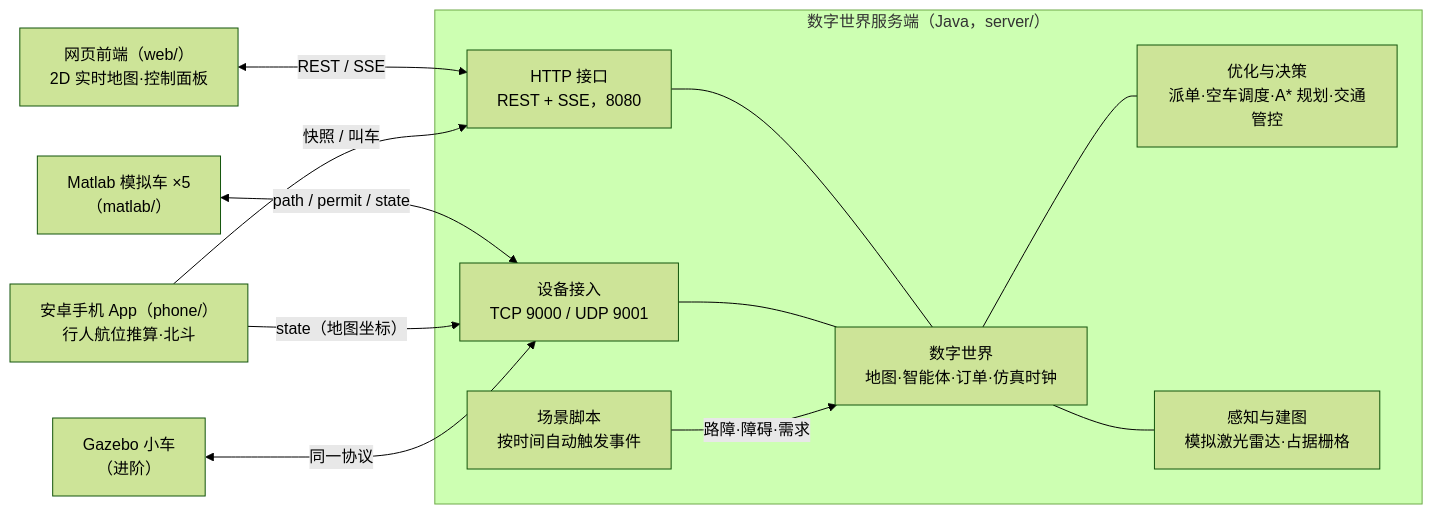
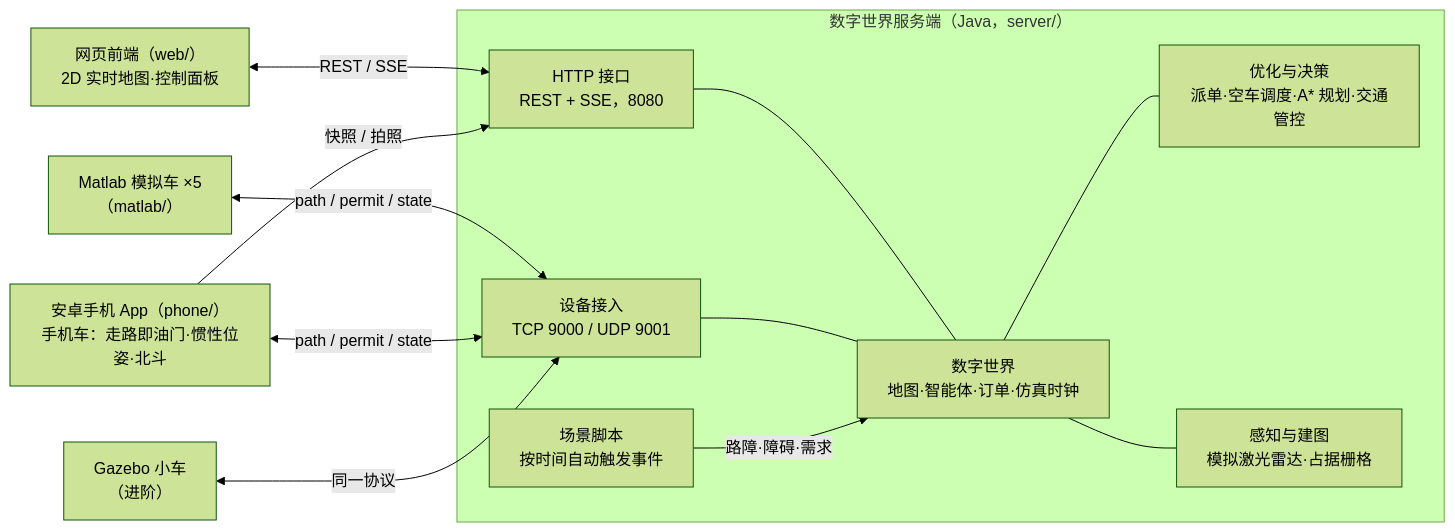
One commit to fuzeliang1/ZongC changed the first of 6 diagrams in docs/architecture.md. Above: the diagram before and after it, drawn with Mermaid (forest theme). The commit also changed other lines of this file and 113 other files, not shown here.

````diff
--- a/docs/architecture.md
+++ b/docs/architecture.md
@@ -7,25 +7,25 @@
 ```mermaid
 flowchart LR
     UI["网页前端（web/）<br/>2D 实时地图·控制面板"]
     M["Matlab 模拟车 ×5<br/>（matlab/）"]
-    P["安卓手机 App（phone/）<br/>行人航位推算·北斗"]
+    P["安卓手机 App（phone/）<br/>手机车：走路即油门·惯性位姿·北斗"]
     G["Gazebo 小车<br/>（进阶）"]
     subgraph 服务端["数字世界服务端（Java，server/）"]
         API["HTTP 接口<br/>REST + SSE，8080"]
         DEV["设备接入<br/>TCP 9000 / UDP 9001"]
         DW["数字世界<br/>地图·智能体·订单·仿真时钟"]
         OPT["优化与决策<br/>派单·空车调度·A* 规划·交通管控"]
         PER["感知与建图<br/>模拟激光雷达·占据栅格"]
         SCN["场景脚本<br/>按时间自动触发事件"]
     end
     UI <-->|"REST / SSE"| API
     M <-->|"path / permit / state"| DEV
-    P -->|"state（地图坐标）"| DEV
-    P -->|"快照 / 叫车"| API
+    P <-->|"path / permit / state"| DEV
+    P -->|"快照 / 拍照"| API
     G <-->|同一协议| DEV
     API --- DW
     DEV --- DW
     DW --- OPT
     DW --- PER
     SCN -->|路障·障碍·需求| DW
 ```
````
